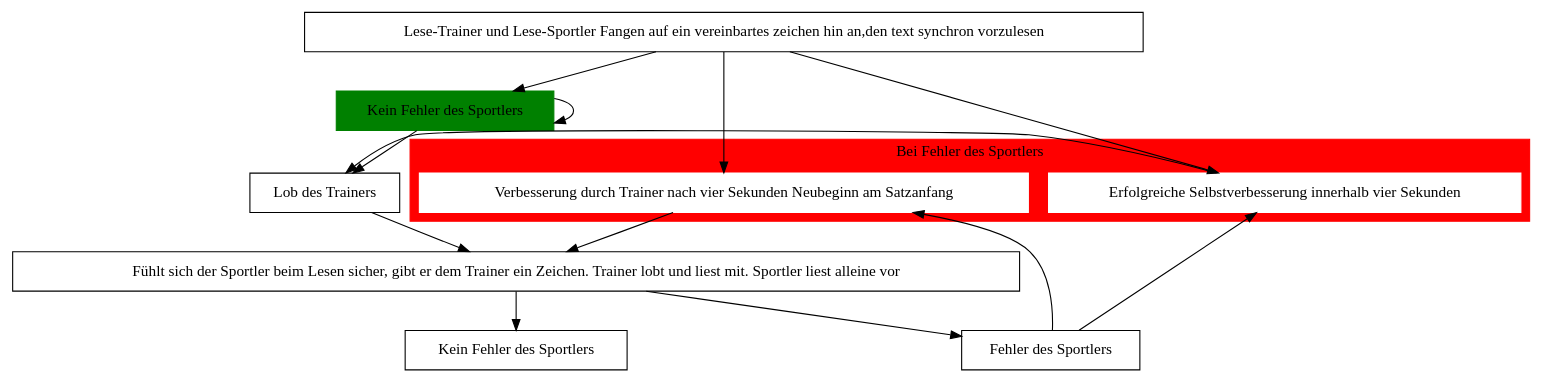
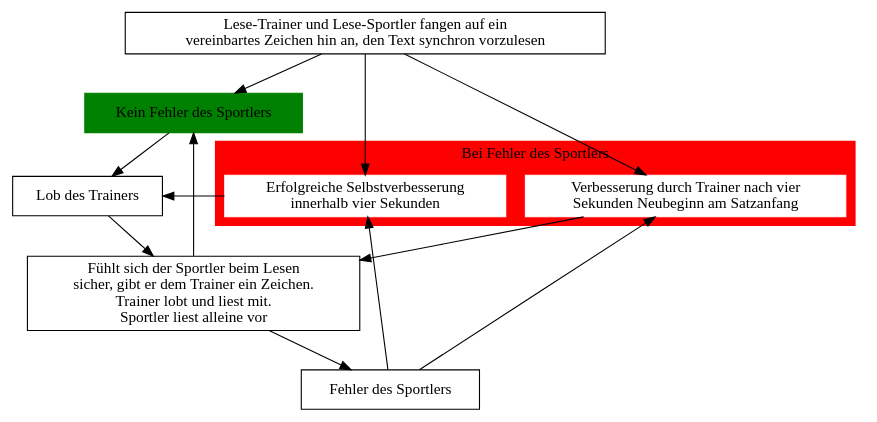
One commit to iqb-berlin/vera-info changed the diagram in v3_de/lesen/anregungen.qmd. Above: the diagram before and after it, drawn with Graphviz.

Commit message:
Update grapf reading

````diff
--- a/v3_de/lesen/anregungen.qmd
+++ b/v3_de/lesen/anregungen.qmd
@@ -14,62 +14,59 @@
 ```{dot}
 digraph {
-    "Lese-Trainer und Lese-Sportler Fangen auf ein vereinbartes zeichen hin an,den text synchron vorzulesen"[
+    "Lese-Trainer und Lese-Sportler fangen auf ein \nvereinbartes Zeichen hin an, den Text synchron vorzulesen"[
         shape=cluster
     ]
     "Kein Fehler des Sportlers"[
+        id=no_error
         shape=cluster
         color=green
         style=filled
     ]
-    "Lese-Trainer und Lese-Sportler Fangen auf ein vereinbartes zeichen hin an,den text synchron vorzulesen" -> "Kein Fehler des Sportlers"
-    "Lese-Trainer und Lese-Sportler Fangen auf ein vereinbartes zeichen hin an,den text synchron vorzulesen" ->
+    "Lese-Trainer und Lese-Sportler fangen auf ein \nvereinbartes Zeichen hin an, den Text synchron vorzulesen" -> "Kein Fehler des Sportlers"
+    "Lese-Trainer und Lese-Sportler fangen auf ein \nvereinbartes Zeichen hin an, den Text synchron vorzulesen" ->
     Subgraph cluster {
         label="Bei Fehler des Sportlers"
         color=red
         style=filled
-        "Erfolgreiche Selbstverbesserung innerhalb vier Sekunden"[
+        "Erfolgreiche Selbstverbesserung \ninnerhalb vier Sekunden"[
             shape=cluster
             color=white
             style=filled
         ]
-        "Verbesserung durch Trainer nach vier Sekunden Neubeginn am Satzanfang"[
+        "Verbesserung durch Trainer nach vier \nSekunden Neubeginn am Satzanfang"[
             shape=cluster
             color=white
             style=filled
         ]
     }
     "Lob des Trainers"[
         shape=cluster
     ]
     "Kein Fehler des Sportlers" -> "Lob des Trainers"
-    "Erfolgreiche Selbstverbesserung innerhalb vier Sekunden" -> "Lob des Trainers"
-    "Fühlt sich der Sportler beim Lesen sicher, gibt er dem Trainer ein Zeichen. Trainer lobt und liest mit. Sportler liest alleine vor"[
+    "Erfolgreiche Selbstverbesserung \ninnerhalb vier Sekunden" -> "Lob des Trainers"
+    "Fühlt sich der Sportler beim Lesen \nsicher, gibt er dem Trainer ein Zeichen. \nTrainer lobt und liest mit. \nSportler liest alleine vor"[
         shape=cluster
     ]
-    "Lob des Trainers" -> "Fühlt sich der Sportler beim Lesen sicher, gibt er dem Trainer ein Zeichen. Trainer lobt und liest mit. Sportler liest alleine vor"
+    "Lob des Trainers" -> "Fühlt sich der Sportler beim Lesen \nsicher, gibt er dem Trainer ein Zeichen. \nTrainer lobt und liest mit. \nSportler liest alleine vor"
     "Fehler des Sportlers"[
         shape=cluster
     ]
     "Fehler des Sportlers" -> Subgraph cluster {
         label="Bei Fehler des Sportlers"
         color=red
         style=filled
-        "Erfolgreiche Selbstverbesserung innerhalb vier Sekunden"[
+        "Erfolgreiche Selbstverbesserung \ninnerhalb vier Sekunden"[
             shape=cluster
             color=white
             style=filled
         ]
-        "Verbesserung durch Trainer nach vier Sekunden Neubeginn am Satzanfang"[
+        "Verbesserung durch Trainer nach vier \nSekunden Neubeginn am Satzanfang"[
             shape=cluster
             color=white
             style=filled
         ]
     }
-    "Verbesserung durch Trainer nach vier Sekunden Neubeginn am Satzanfang" -> "Fühlt sich der Sportler beim Lesen sicher, gibt er dem Trainer ein Zeichen. Trainer lobt und liest mit. Sportler liest alleine vor" -> "Fehler des Sportlers"
-    "Kein Fehler des Sportlers "[
-        shape=cluster
-    ]
-    "Kein Fehler des Sportlers" -> "Kein Fehler des Sportlers"
-    "Fühlt sich der Sportler beim Lesen sicher, gibt er dem Trainer ein Zeichen. Trainer lobt und liest mit. Sportler liest alleine vor" -> "Kein Fehler des Sportlers "
+    "Verbesserung durch Trainer nach vier \nSekunden Neubeginn am Satzanfang" -> "Fühlt sich der Sportler beim Lesen \nsicher, gibt er dem Trainer ein Zeichen. \nTrainer lobt und liest mit. \nSportler liest alleine vor" -> "Fehler des Sportlers"
+    "Fühlt sich der Sportler beim Lesen \nsicher, gibt er dem Trainer ein Zeichen. \nTrainer lobt und liest mit. \nSportler liest alleine vor" -> "Kein Fehler des Sportlers"
 }
 ```
````
